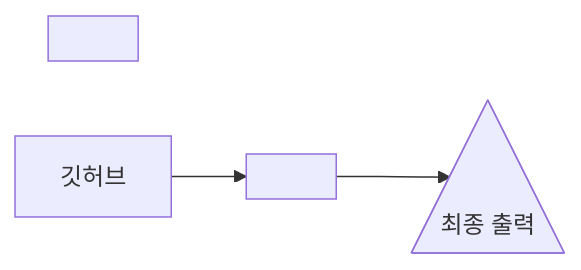
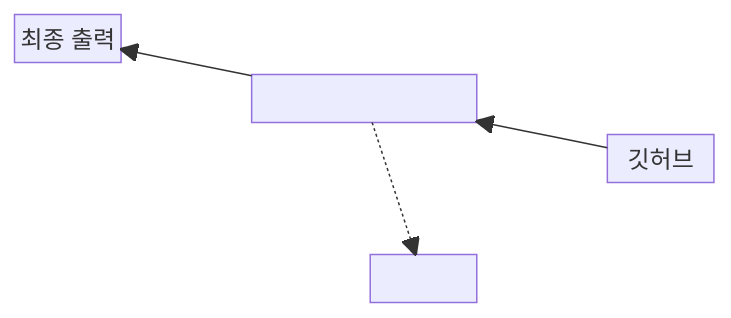
One commit to joblessking00/md-test changed the diagram in README.md. Above: the diagram before and after it, drawn with Mermaid. The commit also changed other lines of this file, not shown here.

````diff
--- a/README.md
+++ b/README.md
@@ -12,9 +1,12 @@
 ```mermaid
-flowchart LR
-    A[" "]
-    B@{ shape: tri, label: "최종 출력" }
-    C[" "]
-    D["깃허브"]
+block-beta
+    columns 6
+    A["최종 출력"] space:5
+    space:2 B[" "]:2 space:2
+    space:5 C["깃허브"]
+    space:6
+    space:3 D[" "] space:2
+    B --> A
+    B -.-> D
     C --> B
-    D --> C
 ```
````
